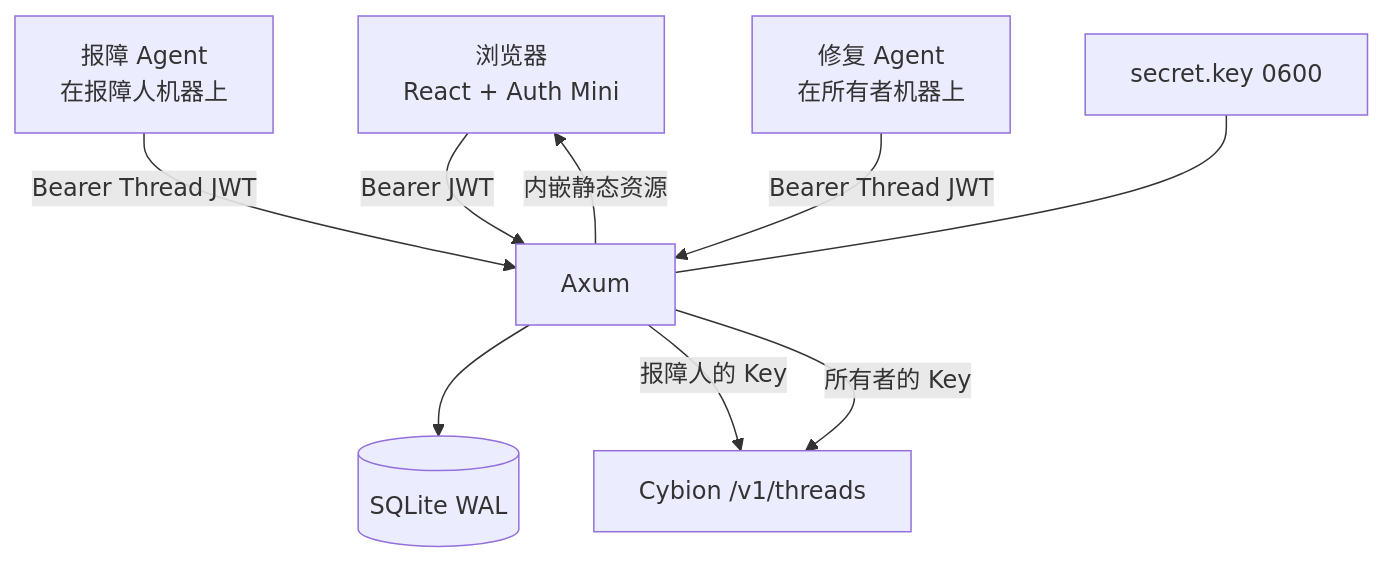
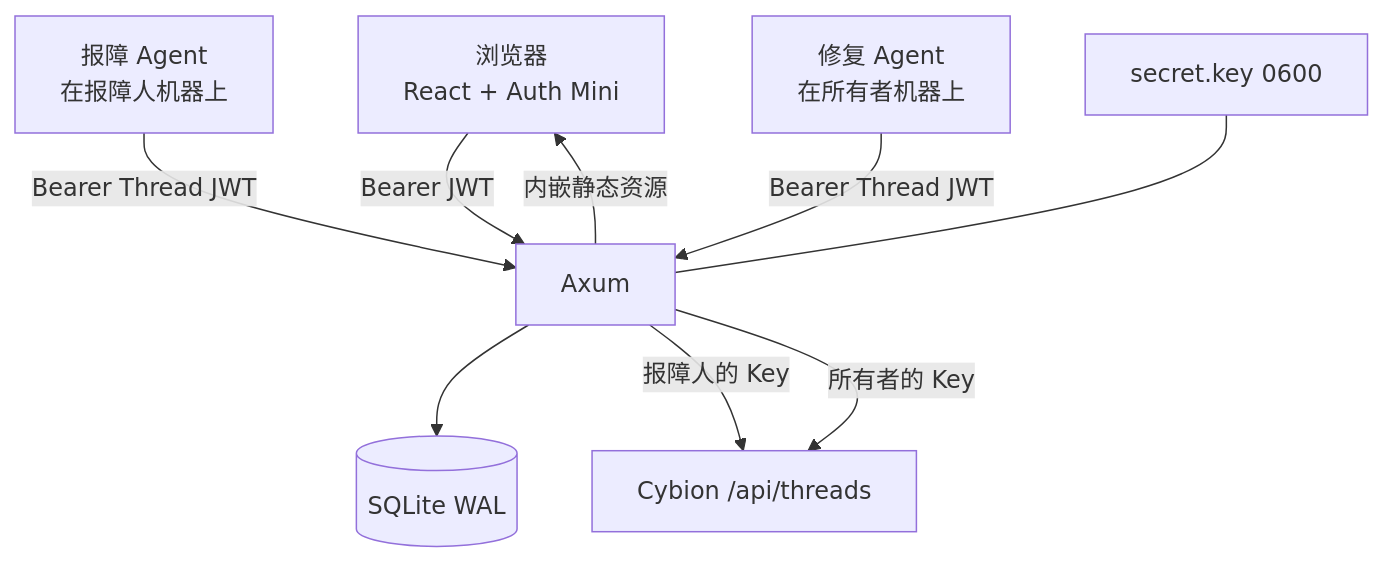
One commit to zccz14/tickets changed the first of 5 diagrams in DESIGN.md. Above: the diagram before and after it, drawn with Mermaid. The commit also changed other lines of this file and 5 other files, not shown here.

First line of the commit message:
♻️ Cybion 只剩一个接口：请求改走 /api/threads (#27)

````diff
--- a/DESIGN.md
+++ b/DESIGN.md
@@ -7,11 +7,11 @@
 ```mermaid
 flowchart TB
     B[浏览器<br/>React + Auth Mini] -->|Bearer JWT| A[Axum]
     P[报障 Agent<br/>在报障人机器上] -->|Bearer Thread JWT| A
     R[修复 Agent<br/>在所有者机器上] -->|Bearer Thread JWT| A
     A --> D[(SQLite WAL)]
-    A -->|报障人的 Key| C[Cybion /v1/threads]
+    A -->|报障人的 Key| C[Cybion /api/threads]
     A -->|所有者的 Key| C
     A -->|内嵌静态资源| B
     K[secret.key 0600] --- A
 ```
````
